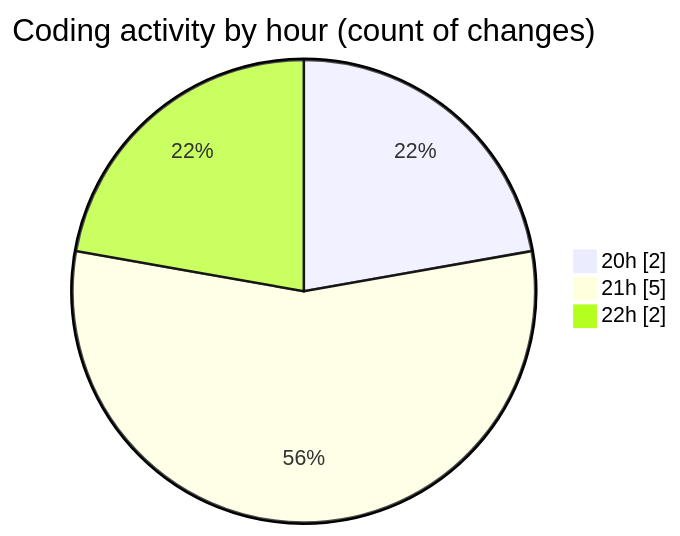
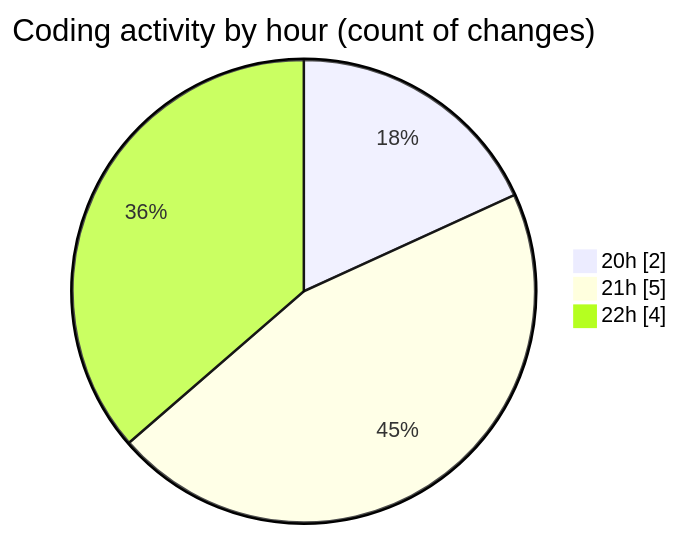
One commit to hasnaa123/code-tracking changed the second of 2 diagrams in 2025-12-23/technologie_web/README.md. Above: the diagram before and after it, drawn with Mermaid. The commit also changed other lines of this file and 1 other file, not shown here.

````diff
--- a/2025-12-23/technologie_web/README.md
+++ b/2025-12-23/technologie_web/README.md
@@ -28,7 +28,7 @@
 ```mermaid
 pie showData
 title Coding activity by hour (count of changes)
 "20h" : 2
 "21h" : 5
-"22h" : 2
+"22h" : 4
 ```
````
